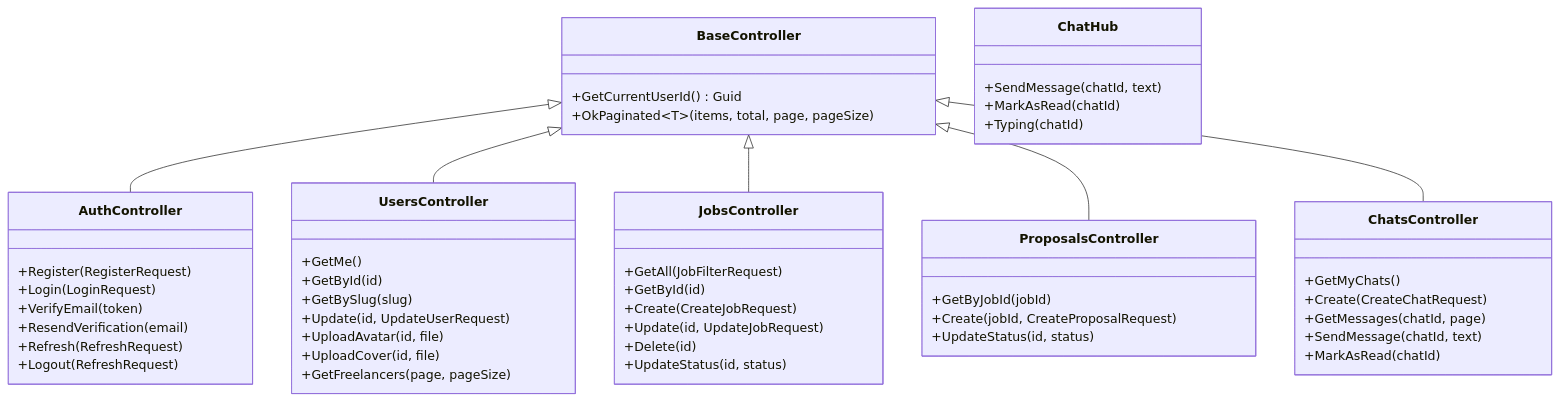
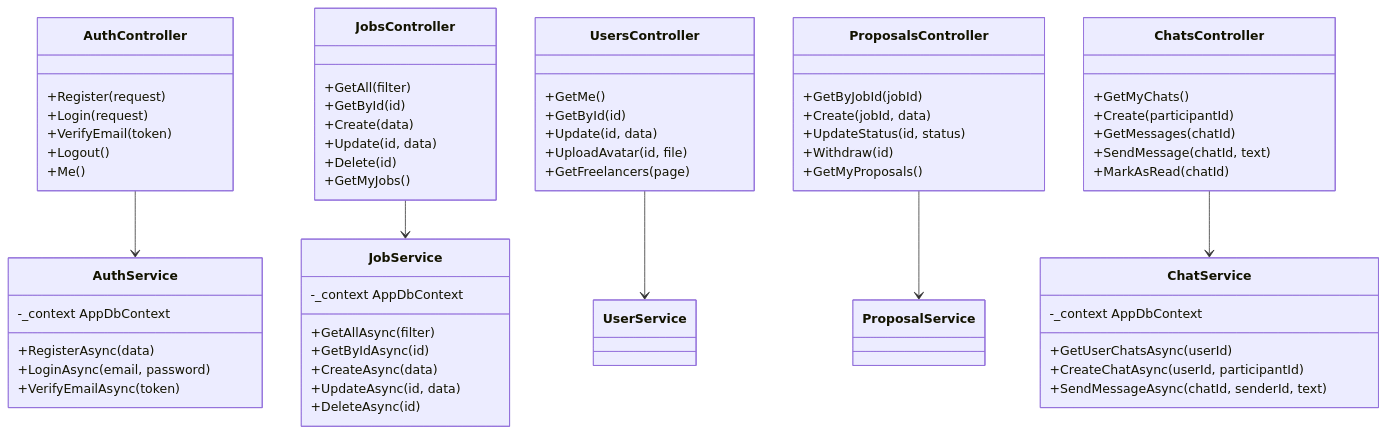
The sixth of 6 diagrams in explanatory_note.md (ksenomin/Synq), drawn with Mermaid before and after one commit. The commit also changed other lines of this file and 88 other files, not shown here.

````diff
--- a/explanatory_note.md
+++ b/explanatory_note.md
@@ -568,61 +385,72 @@
 ```mermaid
 classDiagram
-    class BaseController {
-        +GetCurrentUserId() Guid
-        +OkPaginated~T~(items, total, page, pageSize)
-    }
-    
-    class AuthController {
-        +Register(RegisterRequest)
-        +Login(LoginRequest)
-        +VerifyEmail(token)
-        +ResendVerification(email)
-        +Refresh(RefreshRequest)
-        +Logout(RefreshRequest)
-    }
-    
-    class UsersController {
-        +GetMe()
-        +GetById(id)
-        +GetBySlug(slug)
-        +Update(id, UpdateUserRequest)
-        +UploadAvatar(id, file)
-        +UploadCover(id, file)
-        +GetFreelancers(page, pageSize)
-    }
-    
-    class JobsController {
-        +GetAll(JobFilterRequest)
-        +GetById(id)
-        +Create(CreateJobRequest)
-        +Update(id, UpdateJobRequest)
-        +Delete(id)
-        +UpdateStatus(id, status)
-    }
-    
-    class ProposalsController {
-        +GetByJobId(jobId)
-        +Create(jobId, CreateProposalRequest)
-        +UpdateStatus(id, status)
-    }
-    
-    class ChatsController {
-        +GetMyChats()
-        +Create(CreateChatRequest)
-        +GetMessages(chatId, page)
-        +SendMessage(chatId, text)
-        +MarkAsRead(chatId)
-    }
-    
-    class ChatHub {
-        +SendMessage(chatId, text)
-        +MarkAsRead(chatId)
-        +Typing(chatId)
-    }
-    
-    BaseController <|-- AuthController
-    BaseController <|-- UsersController
-    BaseController <|-- JobsController
-    BaseController <|-- ProposalsController
-    BaseController <|-- ChatsController
+  class AuthController {
+    +Register(request)
+    +Login(request)
+    +VerifyEmail(token)
+    +Logout()
+    +Me()
+  }
+
+  class JobsController {
+    +GetAll(filter)
+    +GetById(id)
+    +Create(data)
+    +Update(id, data)
+    +Delete(id)
+    +GetMyJobs()
+  }
+
+  class UsersController {
+    +GetMe()
+    +GetById(id)
+    +Update(id, data)
+    +UploadAvatar(id, file)
+    +GetFreelancers(page)
+  }
+
+  class ProposalsController {
+    +GetByJobId(jobId)
+    +Create(jobId, data)
+    +UpdateStatus(id, status)
+    +Withdraw(id)
+    +GetMyProposals()
+  }
+
+  class ChatsController {
+    +GetMyChats()
+    +Create(participantId)
+    +GetMessages(chatId)
+    +SendMessage(chatId, text)
+    +MarkAsRead(chatId)
+  }
+
+  class AuthService {
+    -_context AppDbContext
+    +RegisterAsync(data)
+    +LoginAsync(email, password)
+    +VerifyEmailAsync(token)
+  }
+
+  class JobService {
+    -_context AppDbContext
+    +GetAllAsync(filter)
+    +GetByIdAsync(id)
+    +CreateAsync(data)
+    +UpdateAsync(id, data)
+    +DeleteAsync(id)
+  }
+
+  class ChatService {
+    -_context AppDbContext
+    +GetUserChatsAsync(userId)
+    +CreateChatAsync(userId, participantId)
+    +SendMessageAsync(chatId, senderId, text)
+  }
+
+  AuthController --> AuthService
+  JobsController --> JobService
+  UsersController --> UserService
+  ProposalsController --> ProposalService
+  ChatsController --> ChatService
 ```
````
